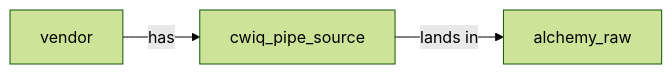
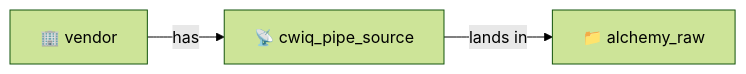
The tenth of 22 diagrams in docs/brainstorms/investigation-db.md (ThanuMahee12/AgentContext), drawn with Mermaid (forest theme) before and after one commit. The commit also changed other lines of this file, not shown here.

Commit message:
docs: use Unicode emojis for mermaid diagram support

````diff
--- a/docs/brainstorms/investigation-db.md
+++ b/docs/brainstorms/investigation-db.md
@@ -257,5 +257,5 @@
 ```mermaid
 flowchart LR
-    V["vendor"] -->|has| DS["cwiq_pipe_source"]
-    DS -->|lands in| R["alchemy_raw"]
+    V["🏢 vendor"] -->|has| DS["📡 cwiq_pipe_source"]
+    DS -->|lands in| R["📁 alchemy_raw"]
 ```
````
